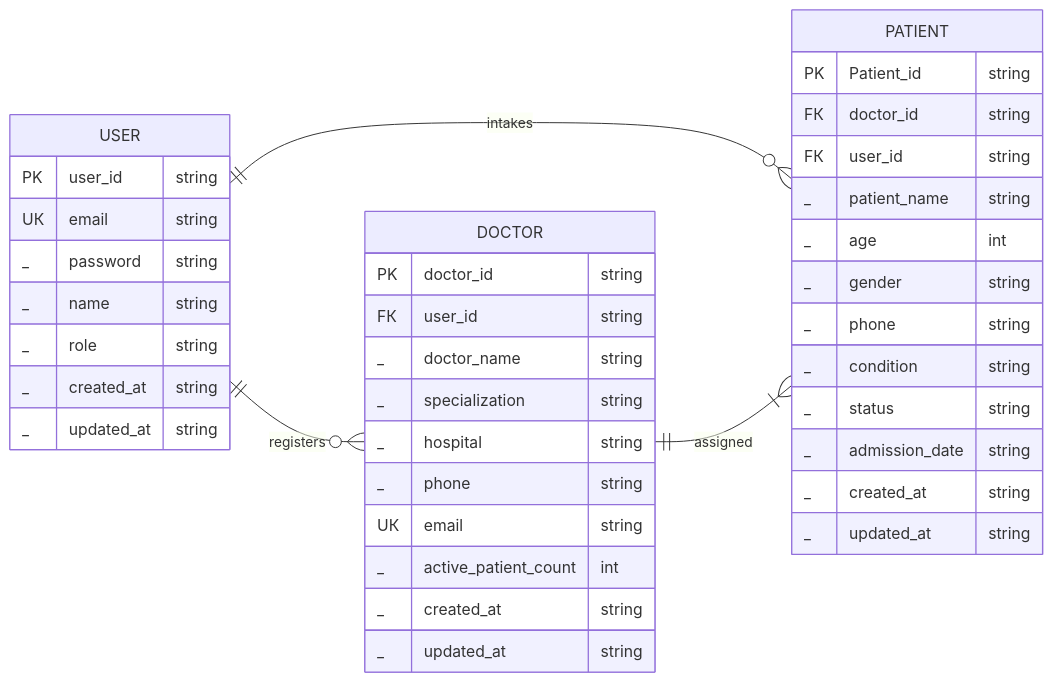
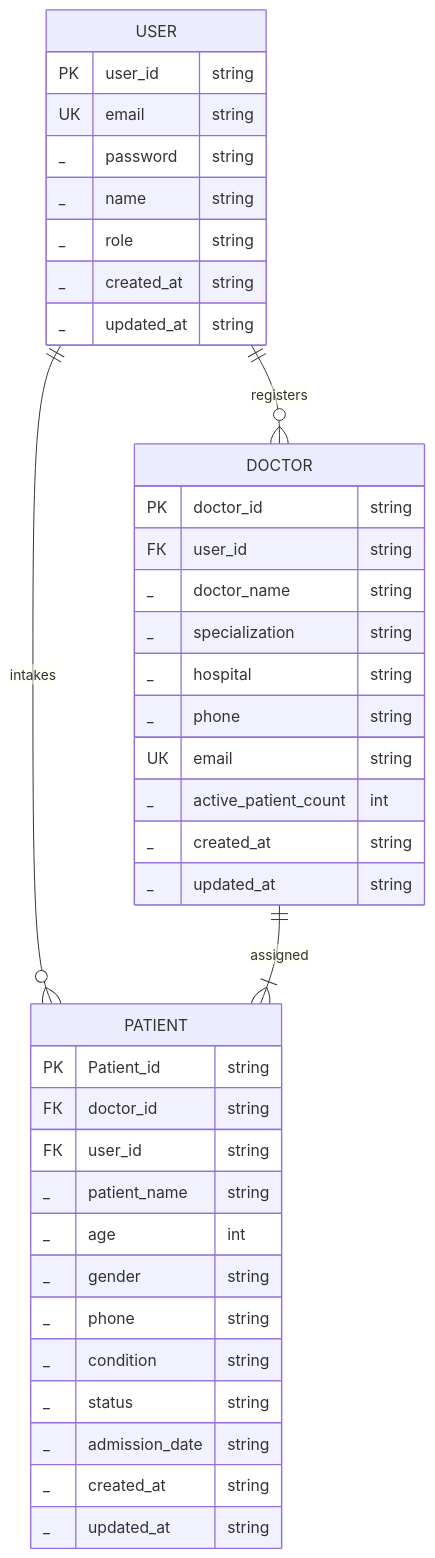
Before and after one commit to zihaduzzamaan/doctor-tracker: the diagram in docs/DATABASE_DESIGN.md, drawn with Mermaid. The commit also changed 13 other files, not shown here.

Commit message:
docs: resolve mermaid label collisions and synchronize standardized template across repositories

````diff
--- a/docs/DATABASE_DESIGN.md
+++ b/docs/DATABASE_DESIGN.md
@@ -13,61 +13,60 @@
 ```mermaid
 %%{init: {
   'theme': 'base',
   'themeVariables': {
     'primaryColor': '#0d9488',
     'primaryTextColor': '#ffffff',
     'primaryBorderColor': '#14b8a6',
     'lineColor': '#0284c7',
     'textColor': '#ffffff'
   },
   'themeCSS': '
     [id*="USER"] .outer-path, #entity-USER rect { fill: #0d9488 !important; stroke: #14b8a6 !important; }
     [id*="DOCTOR"] .outer-path, #entity-DOCTOR rect { fill: #0284c7 !important; stroke: #38bdf8 !important; }
     [id*="PATIENT"] .outer-path, #entity-PATIENT rect { fill: #6366f1 !important; stroke: #818cf8 !important; }
     .er.entityLabel { fill: #ffffff !important; font-weight: 700 !important; }
   '
 }}%%
 erDiagram
-    direction LR
     USER ||--o{ DOCTOR : "registers"
     USER ||--o{ PATIENT : "intakes"
     DOCTOR ||--|{ PATIENT : "assigned"
 
     USER {
         РK user_id "string"
         UК email "string"
         _ password "string"
         _ name "string"
         _ role "string"
         _ created_at "string"
         _ updated_at "string"
     }
 
     DOCTOR {
         РK doctor_id "string"
         FК user_id "string"
         _ doctor_name "string"
         _ specialization "string"
         _ hospital "string"
         _ phone "string"
         UК email "string"
         _ active_patient_count "int"
         _ created_at "string"
         _ updated_at "string"
     }
 
     PATIENT {
         РK Patient_id "string"
         FК doctor_id "string"
         FК user_id "string"
         _ patient_name "string"
         _ age "int"
         _ gender "string"
         _ phone "string"
         _ condition "string"
         _ status "string"
         _ admission_date "string"
         _ created_at "string"
         _ updated_at "string"
     }
 ```
````
